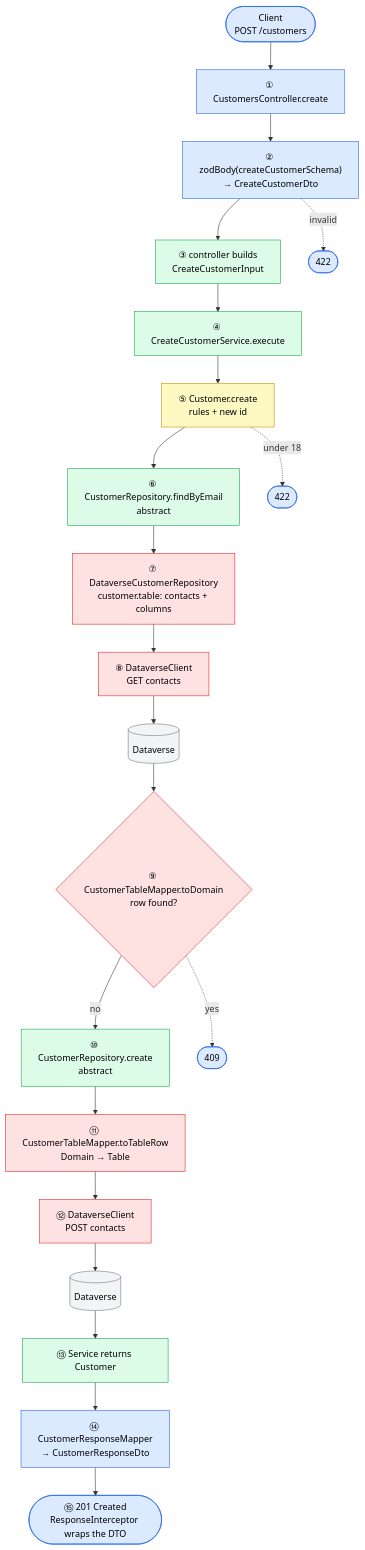
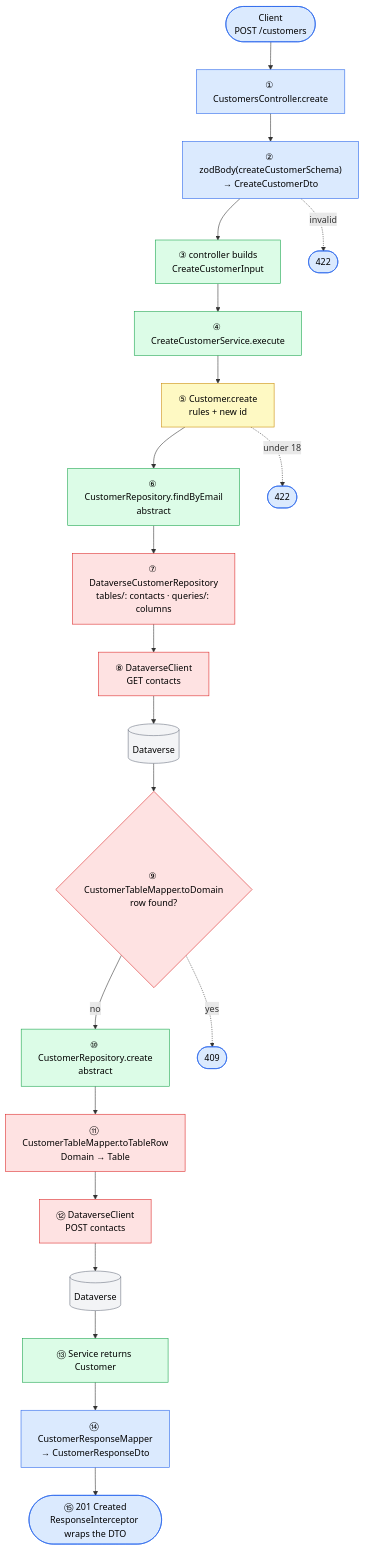
The first of 4 diagrams in docs/flow.md (ahmed-nasr-ali/PHD_Backend_API_Layer), drawn with Mermaid before and after one commit. The commit also changed other lines of this file and 50 other files, not shown here.

````diff
--- a/docs/flow.md
+++ b/docs/flow.md
@@ -7,35 +7,35 @@
 ```mermaid
 flowchart TB
     A(["Client<br/>POST /customers"]) --> S1["① CustomersController.create"]
     S1 --> S2["② zodBody(createCustomerSchema)<br/>→ CreateCustomerDto"]
     S2 --> S3["③ controller builds<br/>CreateCustomerInput"]
     S3 --> S4["④ CreateCustomerService.execute"]
     S4 --> S5["⑤ Customer.create<br/>rules + new id"]
     S5 --> S6["⑥ CustomerRepository.findByEmail<br/>abstract"]
-    S6 --> S7["⑦ DataverseCustomerRepository<br/>customer.table: contacts + columns"]
+    S6 --> S7["⑦ DataverseCustomerRepository<br/>tables/: contacts · queries/: columns"]
     S7 --> S8["⑧ DataverseClient<br/>GET contacts"]
     S8 --> DV1[("Dataverse")]
     DV1 --> S9{"⑨ CustomerTableMapper.toDomain<br/>row found?"}
     S9 -->|no| S10["⑩ CustomerRepository.create<br/>abstract"]
     S10 --> S11["⑪ CustomerTableMapper.toTableRow<br/>Domain → Table"]
     S11 --> S12["⑫ DataverseClient<br/>POST contacts"]
     S12 --> DV2[("Dataverse")]
     DV2 --> S13["⑬ Service returns Customer"]
     S13 --> S14["⑭ CustomerResponseMapper<br/>→ CustomerResponseDto"]
     S14 --> S15(["⑮ 201 Created<br/>ResponseInterceptor wraps the DTO"])
 
     S2 -.->|invalid| X2(["422"])
     S5 -.->|under 18| X5(["422"])
     S9 -.->|yes| X9(["409"])
 
     classDef pres fill:#dbeafe,stroke:#2563eb,color:#000
     classDef app fill:#dcfce7,stroke:#16a34a,color:#000
     classDef dom fill:#fef9c3,stroke:#ca8a04,color:#000
     classDef infra fill:#fee2e2,stroke:#dc2626,color:#000
     classDef ext fill:#f3f4f6,stroke:#6b7280,color:#000
     class A,S1,S2,S14,S15,X2,X5,X9 pres
     class S3,S4,S6,S10,S13 app
     class S5 dom
     class S7,S8,S9,S11,S12 infra
     class DV1,DV2 ext
 ```
````
